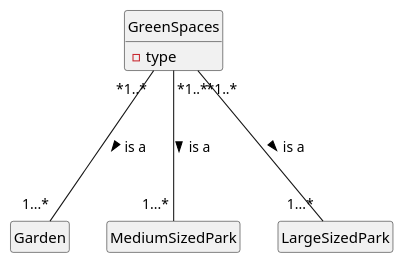
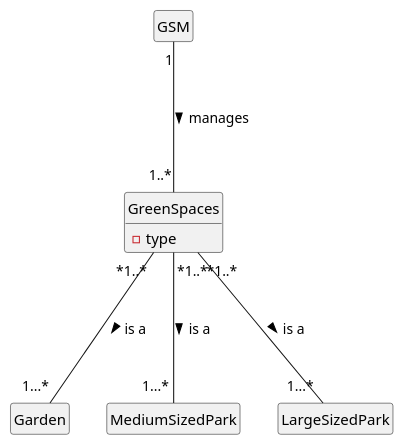
One commit to Mendoncaa/LAPR2 changed the diagram in docs/sprintC/US20/02.analysis/puml/us020-domain-model.puml. Above: the diagram before and after it, drawn with PlantUML. The commit also changed 2 other files, not shown here.

```diff
--- a/docs/sprintC/US20/02.analysis/puml/us020-domain-model.puml
+++ b/docs/sprintC/US20/02.analysis/puml/us020-domain-model.puml
@@ -1,17 +1,21 @@
 @startuml
 
 hide methods
 hide circle
 hide empty attributes
 skinparam linetype polyline
 
+class GSM {
+}
 
 class GreenSpaces {
   -type
 }
 
 GreenSpaces "*1..*"---"1...*" Garden : is a >
 GreenSpaces "*1..*"---"1...*" MediumSizedPark : is a >
 GreenSpaces "*1..*"---"1...*" LargeSizedPark : is a >
 
+GSM "1"---"1..*" GreenSpaces : manages >
+
 @enduml
```
